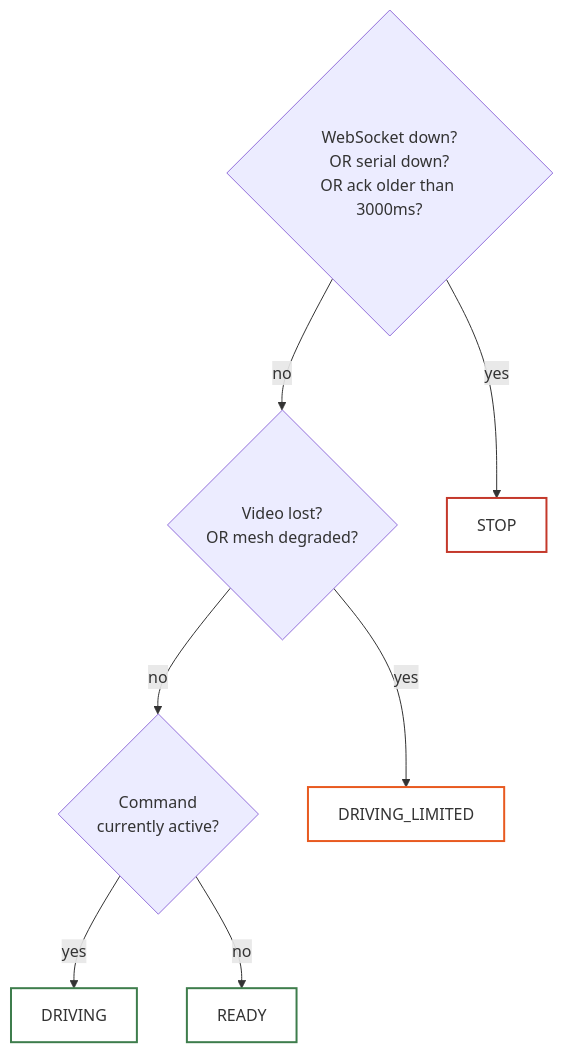
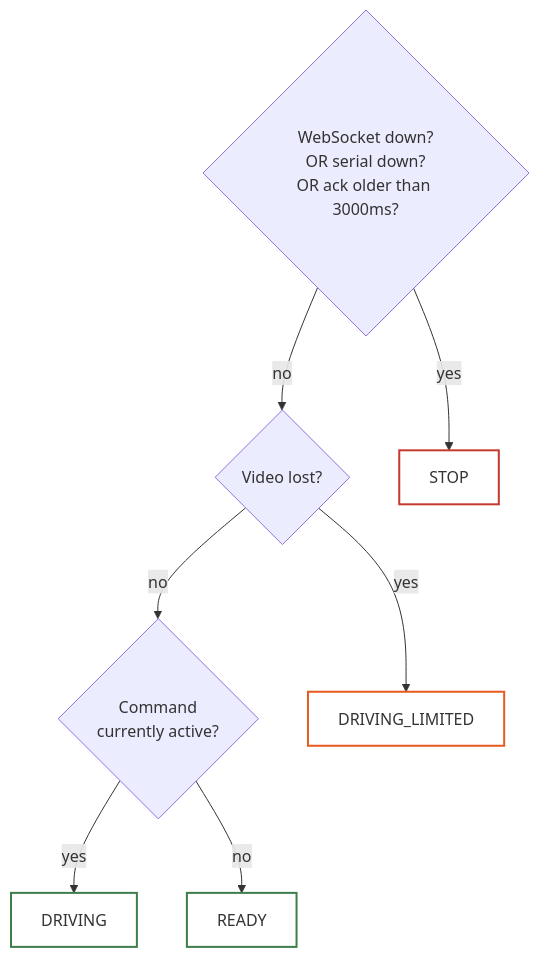
Before and after one commit to baiust999/robort-code-from-pi: the sixth of 16 diagrams in docs/ARCHITECTURE.md, drawn with Mermaid. The commit also changed other lines of this file and 24 other files, not shown here.

````diff
--- a/docs/ARCHITECTURE.md
+++ b/docs/ARCHITECTURE.md
@@ -236,20 +234,20 @@
 ```mermaid
 flowchart TD
     check1{"WebSocket down?<br/>OR serial down?<br/>OR ack older than 3000ms?"}
-    check2{"Video lost?<br/>OR mesh degraded?"}
+    check2{"Video lost?"}
     check3{"Command<br/>currently active?"}
 
     check1 -- yes --> STOP["STOP"]
     check1 -- no --> check2
     check2 -- yes --> LIMITED["DRIVING_LIMITED"]
     check2 -- no --> check3
     check3 -- yes --> DRIVING["DRIVING"]
     check3 -- no --> READY["READY"]
 
     classDef stop fill:#fff,stroke:#C4392B,stroke-width:2px;
     classDef limited fill:#fff,stroke:#E85A20,stroke-width:2px;
     classDef ok fill:#fff,stroke:#3E7D4C,stroke-width:2px;
     class STOP stop;
     class LIMITED limited;
     class DRIVING,READY ok;
 ```
````
